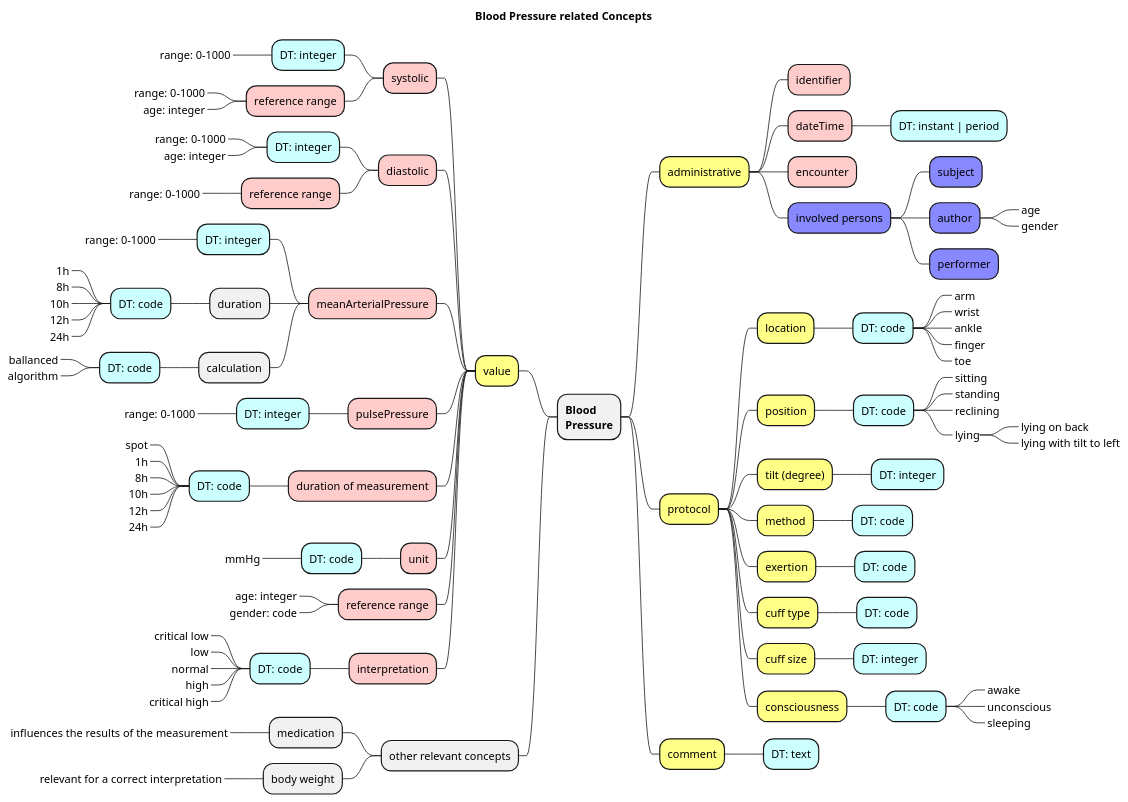
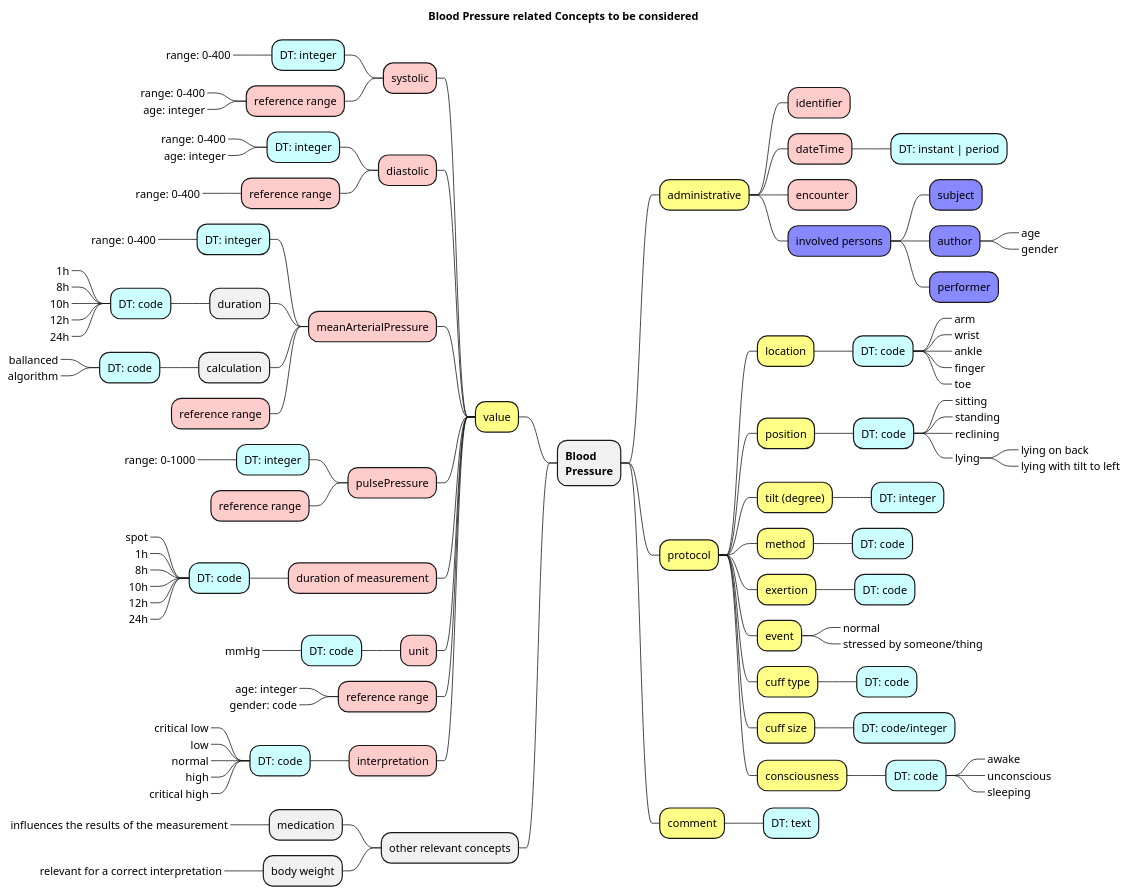
Before and after one commit to frankoemig/vital-signs-demo: the diagram in input/images-source/bloodpressure_mm.plantuml, drawn with PlantUML. The commit also changed 5 other files, not shown here.

```diff
--- a/input/images-source/bloodpressure_mm.plantuml
+++ b/input/images-source/bloodpressure_mm.plantuml
@@ -1,114 +1,119 @@
 @startmindmap
 
 skinparam svgDimensionStyle false
 
-title Blood Pressure related Concepts
+title Blood Pressure related Concepts to be considered
 
 + **Blood** \n**Pressure**
 --[#ff8] value
 ---[#fcc] systolic
 ----[#cff] DT: integer
------_ range: 0-1000
+-----_ range: 0-400
 ----[#fcc] reference range
------_ range: 0-1000
+-----_ range: 0-400
 -----_ age: integer
 ---[#fcc] diastolic
 ----[#cff] DT: integer
------_ range: 0-1000
+-----_ range: 0-400
 -----_ age: integer
 ----[#fcc] reference range
------_ range: 0-1000
+-----_ range: 0-400
 ---[#fcc] meanArterialPressure
 ----[#cff] DT: integer
------_ range: 0-1000
+-----_ range: 0-400
 ---- duration
 -----[#cff] DT: code
 ------_ 1h
 ------_ 8h
 ------_ 10h
 ------_ 12h
 ------_ 24h
 ---- calculation
 -----[#cff] DT: code
 ------_ ballanced
 ------_ algorithm
+----[#fcc] reference range
 ---[#fcc] pulsePressure
 ----[#cff] DT: integer
 -----_ range: 0-1000
+----[#fcc] reference range
 ---[#fcc] duration of measurement
 ----[#cff] DT: code
 -----_ spot
 -----_ 1h
 -----_ 8h
 -----_ 10h
 -----_ 12h
 -----_ 24h
 ---[#fcc] unit
 ----[#cff] DT: code
 -----_ mmHg
 ---[#fcc] reference range
 ----_ age: integer
 ----_ gender: code
 ---[#fcc] interpretation
 ----[#cff] DT: code
 -----_ critical low
 -----_ low
 -----_ normal
 -----_ high
 -----_ critical high
 
 -- other relevant concepts
 --- medication
 ----_ influences the results of the measurement
 --- body weight
 ----_ relevant for a correct interpretation
 
 ++[#ff8] administrative
 +++[#fcc] identifier
 +++[#fcc] dateTime
 ++++[#cff] DT: instant | period
 +++[#fcc] encounter
 
 +++[#88f] involved persons
 ++++[#88f] subject
 ++++[#88f] author
 +++++_ age
 +++++_ gender
 ++++[#88f] performer
 
 ++[#ff8] protocol
 +++[#ff8] location
 ++++[#cff] DT: code
 +++++_ arm
 +++++_ wrist
 +++++_ ankle
 +++++_ finger
 +++++_ toe
 +++[#ff8] position
 ++++[#cff] DT: code
 +++++_ sitting
 +++++_ standing
 +++++_ reclining
 +++++_ lying
 ++++++_ lying on back
 ++++++_ lying with tilt to left
 +++[#ff8] tilt (degree)
 ++++[#cff] DT: integer
 +++[#ff8] method
 ++++[#cff] DT: code
 +++[#ff8] exertion
 ++++[#cff] DT: code
++++[#ff8] event
+++++_ normal
+++++_ stressed by someone/thing
 +++[#ff8] cuff type
 ++++[#cff] DT: code
 +++[#ff8] cuff size
-++++[#cff] DT: integer
+++++[#cff] DT: code/integer
 +++[#ff8] consciousness
 ++++[#cff] DT: code
 +++++_ awake
 +++++_ unconscious
 +++++_ sleeping
 
 ++[#ff8] comment
 +++[#cff] DT: text
 
 @endmindmap
```
